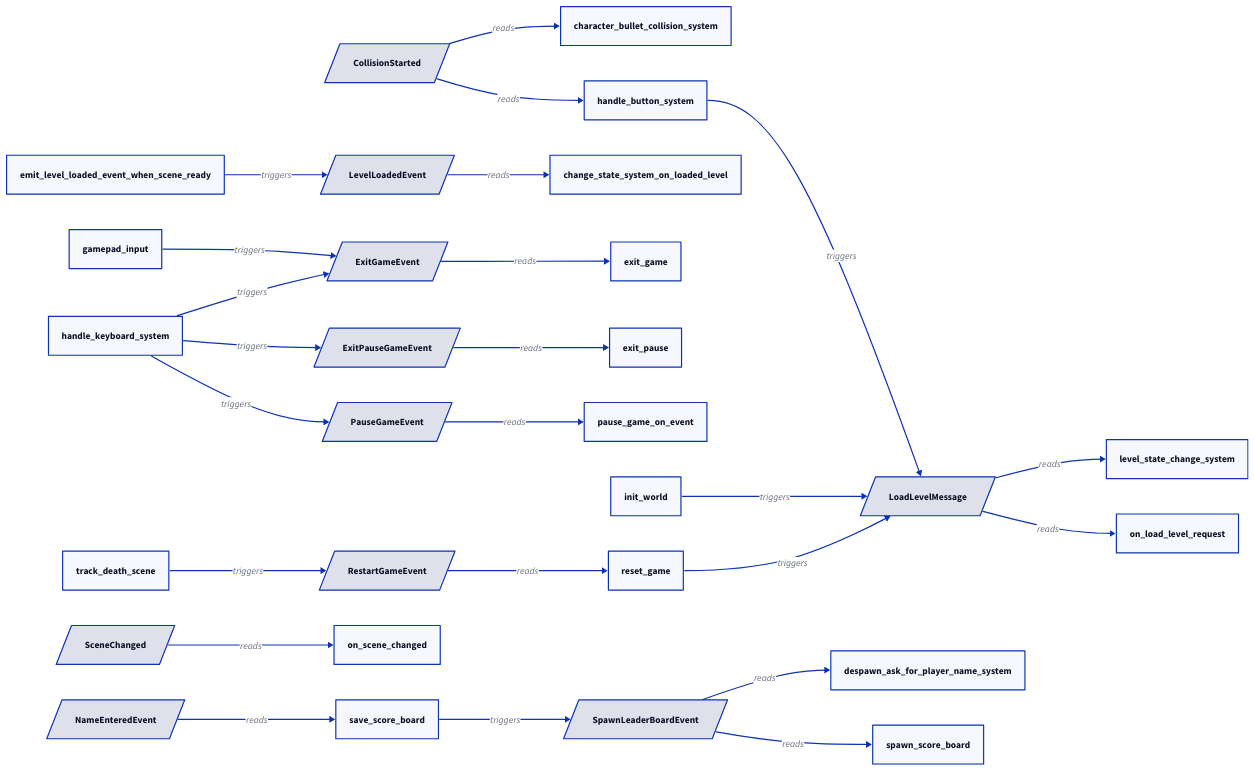
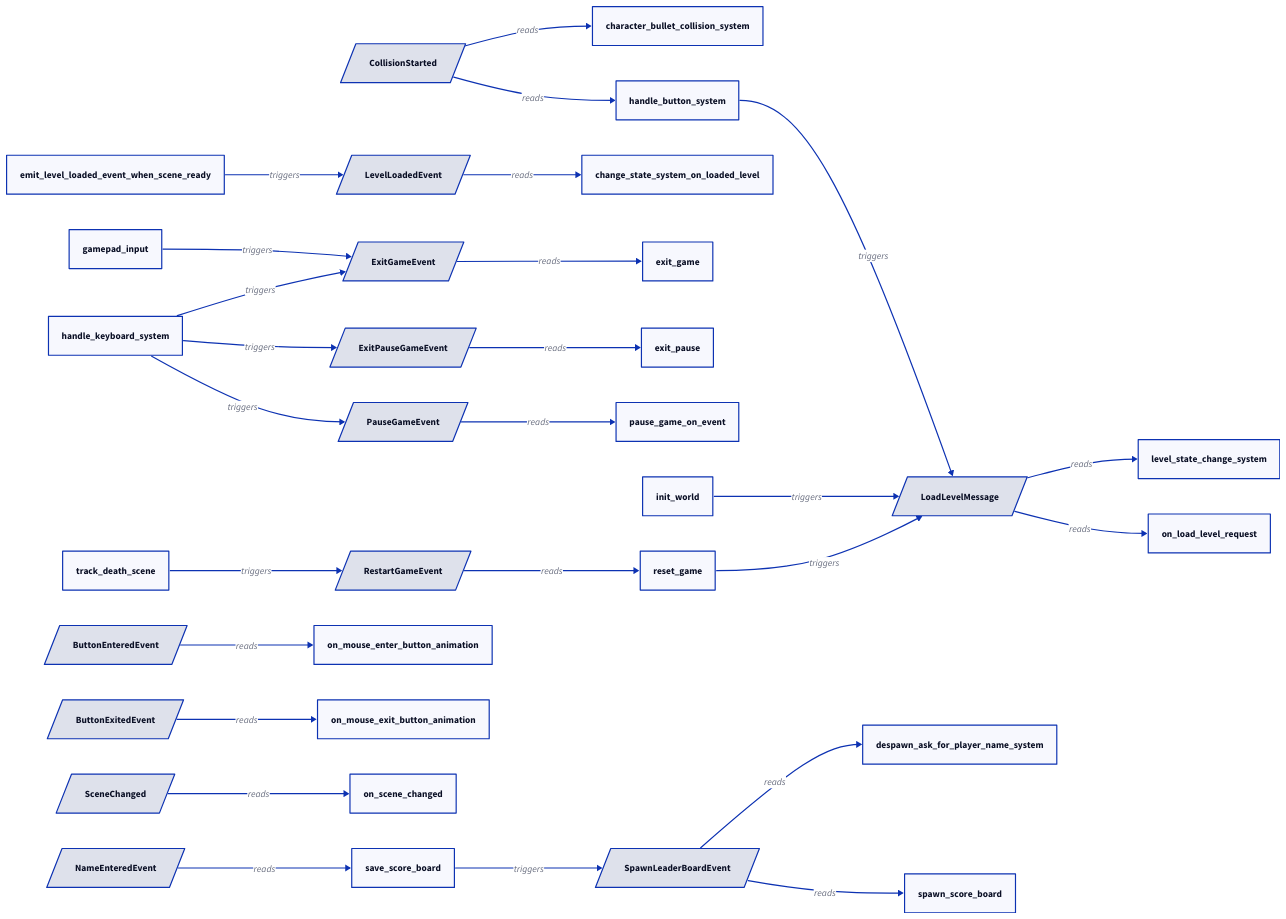
One commit to edizeqiri/BulletsOnWheels changed the diagram in docs/events.d2. Above: the diagram before and after it, drawn with D2. The commit also changed 1 other file, not shown here.

Commit message:
chore: regenerate architecture diagrams

```diff
--- a/docs/events.d2
+++ b/docs/events.d2
@@ -1,55 +1,61 @@
 direction: right
 
+"ButtonEnteredEvent": { shape: parallelogram }
+"ButtonExitedEvent": { shape: parallelogram }
 "CollisionStarted": { shape: parallelogram }
 "ExitGameEvent": { shape: parallelogram }
 "ExitPauseGameEvent": { shape: parallelogram }
 "LevelLoadedEvent": { shape: parallelogram }
 "LoadLevelMessage": { shape: parallelogram }
 "NameEnteredEvent": { shape: parallelogram }
 "PauseGameEvent": { shape: parallelogram }
 "RestartGameEvent": { shape: parallelogram }
 "SceneChanged": { shape: parallelogram }
 "SpawnLeaderBoardEvent": { shape: parallelogram }
 
 "change_state_system_on_loaded_level": { shape: rectangle }
 "character_bullet_collision_system": { shape: rectangle }
 "despawn_ask_for_player_name_system": { shape: rectangle }
 "emit_level_loaded_event_when_scene_ready": { shape: rectangle }
 "exit_game": { shape: rectangle }
 "exit_pause": { shape: rectangle }
 "gamepad_input": { shape: rectangle }
 "handle_button_system": { shape: rectangle }
 "handle_keyboard_system": { shape: rectangle }
 "init_world": { shape: rectangle }
 "level_state_change_system": { shape: rectangle }
 "on_load_level_request": { shape: rectangle }
+"on_mouse_enter_button_animation": { shape: rectangle }
+"on_mouse_exit_button_animation": { shape: rectangle }
 "on_scene_changed": { shape: rectangle }
 "pause_game_on_event": { shape: rectangle }
 "reset_game": { shape: rectangle }
 "save_score_board": { shape: rectangle }
 "spawn_score_board": { shape: rectangle }
 "track_death_scene": { shape: rectangle }
 
 "LevelLoadedEvent" -> "change_state_system_on_loaded_level": reads
 "CollisionStarted" -> "character_bullet_collision_system": reads
 "SpawnLeaderBoardEvent" -> "despawn_ask_for_player_name_system": reads
 "emit_level_loaded_event_when_scene_ready" -> "LevelLoadedEvent": triggers
 "ExitGameEvent" -> "exit_game": reads
 "ExitPauseGameEvent" -> "exit_pause": reads
 "gamepad_input" -> "ExitGameEvent": triggers
 "CollisionStarted" -> "handle_button_system": reads
 "handle_button_system" -> "LoadLevelMessage": triggers
 "handle_keyboard_system" -> "ExitGameEvent": triggers
 "handle_keyboard_system" -> "ExitPauseGameEvent": triggers
 "handle_keyboard_system" -> "PauseGameEvent": triggers
 "init_world" -> "LoadLevelMessage": triggers
 "LoadLevelMessage" -> "level_state_change_system": reads
 "LoadLevelMessage" -> "on_load_level_request": reads
+"ButtonEnteredEvent" -> "on_mouse_enter_button_animation": reads
+"ButtonExitedEvent" -> "on_mouse_exit_button_animation": reads
 "SceneChanged" -> "on_scene_changed": reads
 "PauseGameEvent" -> "pause_game_on_event": reads
 "RestartGameEvent" -> "reset_game": reads
 "reset_game" -> "LoadLevelMessage": triggers
 "NameEnteredEvent" -> "save_score_board": reads
 "save_score_board" -> "SpawnLeaderBoardEvent": triggers
 "SpawnLeaderBoardEvent" -> "spawn_score_board": reads
 "track_death_scene" -> "RestartGameEvent": triggers
```
